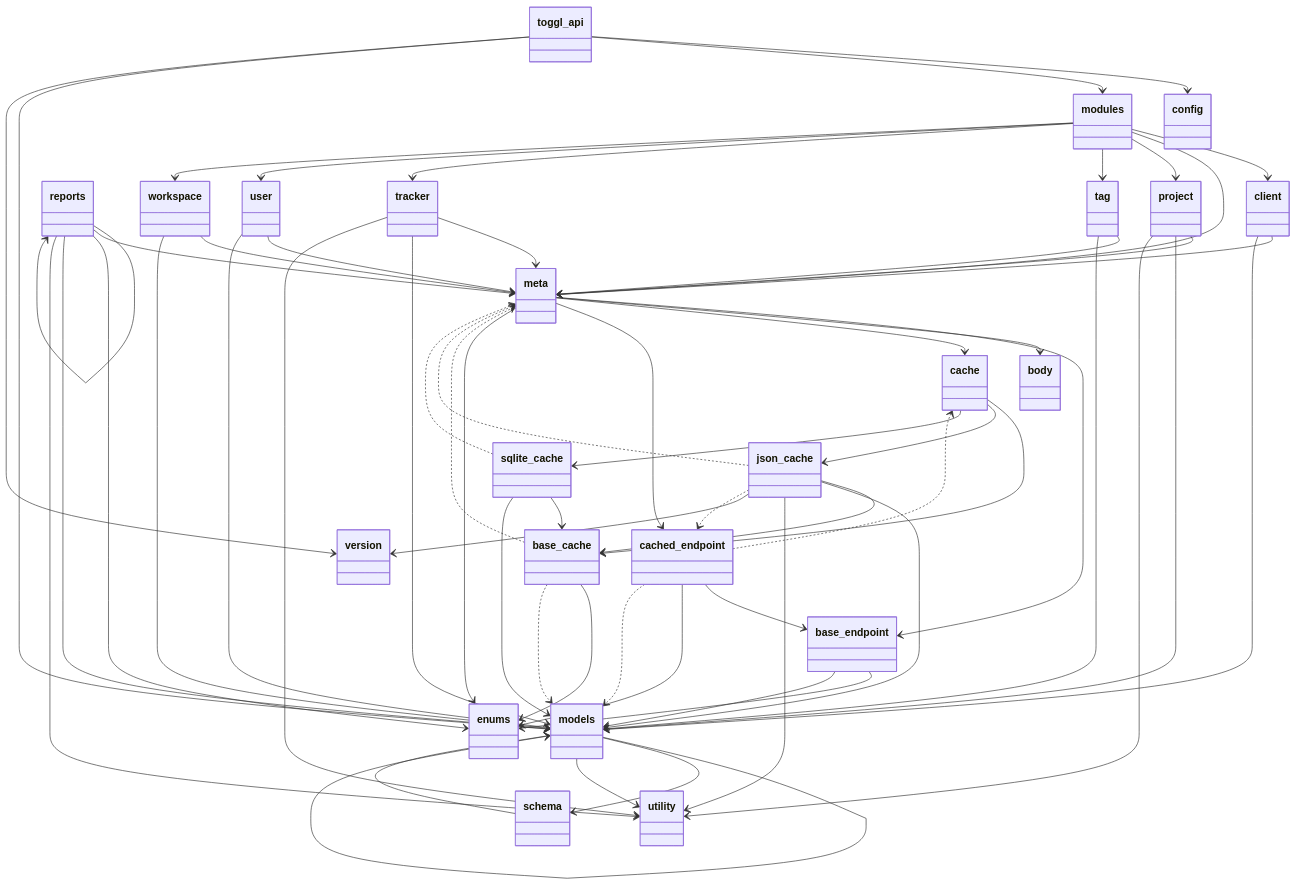
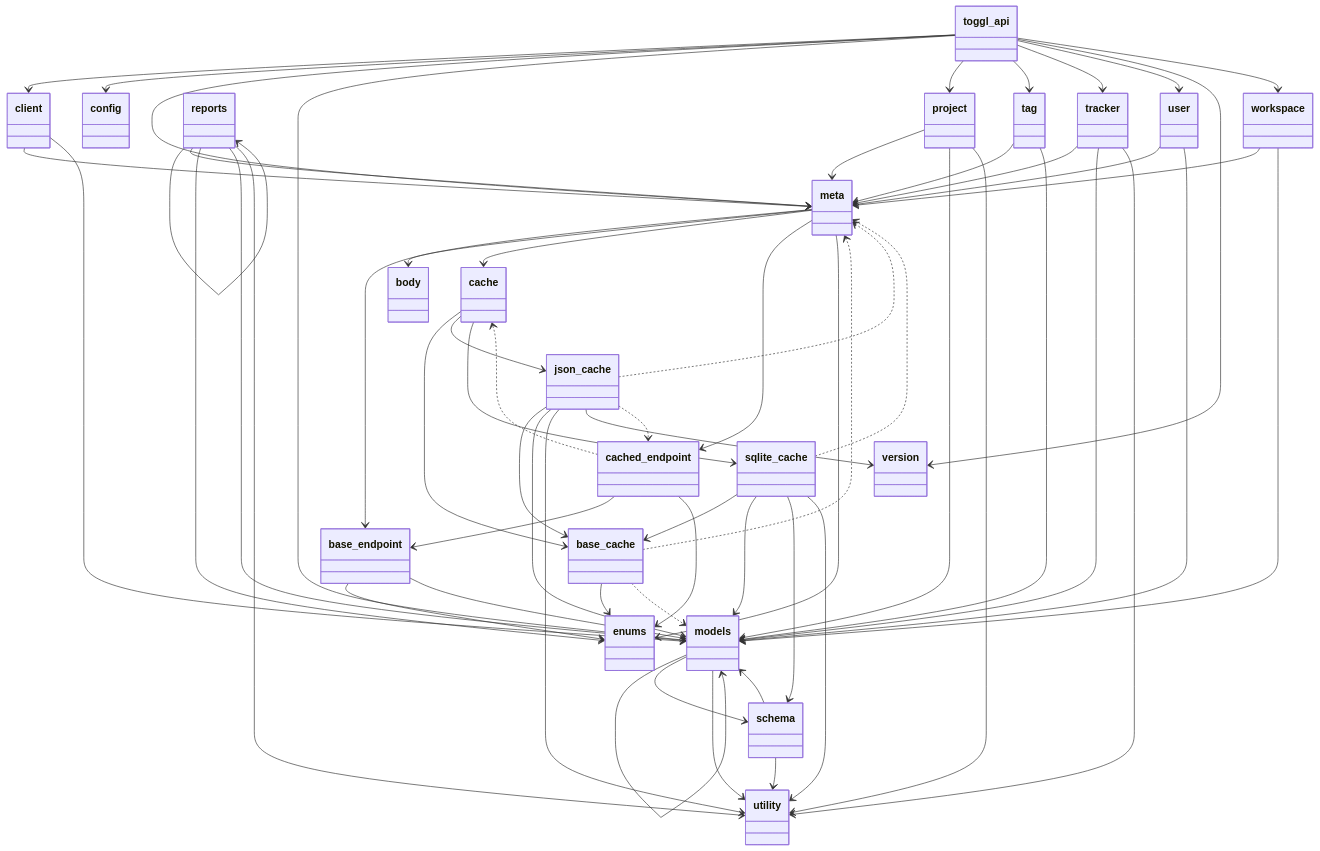
One commit to ddkasa/toggl-api-wrapper changed the diagram in docs/static/mermaid/packages.mmd. Above: the diagram before and after it, drawn with Mermaid. The commit also changed 2 other files, not shown here.

Commit message:
docs(mermaid): update diagrams

```diff
--- a/docs/static/mermaid/packages.mmd
+++ b/docs/static/mermaid/packages.mmd
@@ -1,111 +1,110 @@
 classDiagram
   class toggl_api {
   }
+  class client {
+  }
   class config {
-  }
-  class modules {
-  }
-  class client {
   }
   class meta {
   }
   class base_endpoint {
   }
   class body {
   }
   class cache {
   }
   class base_cache {
   }
   class json_cache {
   }
   class sqlite_cache {
   }
   class cached_endpoint {
   }
   class enums {
   }
   class models {
   }
   class models {
   }
   class schema {
   }
   class project {
   }
   class reports {
   }
   class reports {
   }
   class tag {
   }
   class tracker {
   }
   class user {
   }
-  class workspace {
-  }
   class utility {
   }
   class version {
   }
+  class workspace {
+  }
+  toggl_api --> client
   toggl_api --> config
-  toggl_api --> modules
+  toggl_api --> meta
   toggl_api --> models
+  toggl_api --> project
+  toggl_api --> tag
+  toggl_api --> tracker
+  toggl_api --> user
   toggl_api --> version
-  modules --> client
-  modules --> meta
-  modules --> project
-  modules --> tag
-  modules --> tracker
-  modules --> user
-  modules --> workspace
+  toggl_api --> workspace
   client --> meta
   client --> models
   meta --> base_endpoint
   meta --> body
   meta --> cache
   meta --> cached_endpoint
   meta --> enums
   base_endpoint --> enums
   base_endpoint --> models
   cache --> base_cache
   cache --> json_cache
   cache --> sqlite_cache
   base_cache --> enums
   json_cache --> base_cache
   json_cache --> models
   json_cache --> utility
   json_cache --> version
   sqlite_cache --> base_cache
   sqlite_cache --> models
+  sqlite_cache --> schema
+  sqlite_cache --> utility
   cached_endpoint --> base_endpoint
   cached_endpoint --> enums
   models --> models
   models --> schema
   models --> utility
   schema --> models
+  schema --> utility
   project --> meta
   project --> models
   project --> utility
   reports --> reports
   reports --> meta
   reports --> enums
   reports --> models
   reports --> utility
   tag --> meta
   tag --> models
   tracker --> meta
   tracker --> models
   tracker --> utility
   user --> meta
   user --> models
   workspace --> meta
   workspace --> models
   base_cache ..> meta
   base_cache ..> models
   json_cache ..> meta
   json_cache ..> cached_endpoint
   sqlite_cache ..> meta
   cached_endpoint ..> cache
-  cached_endpoint ..> models
```
